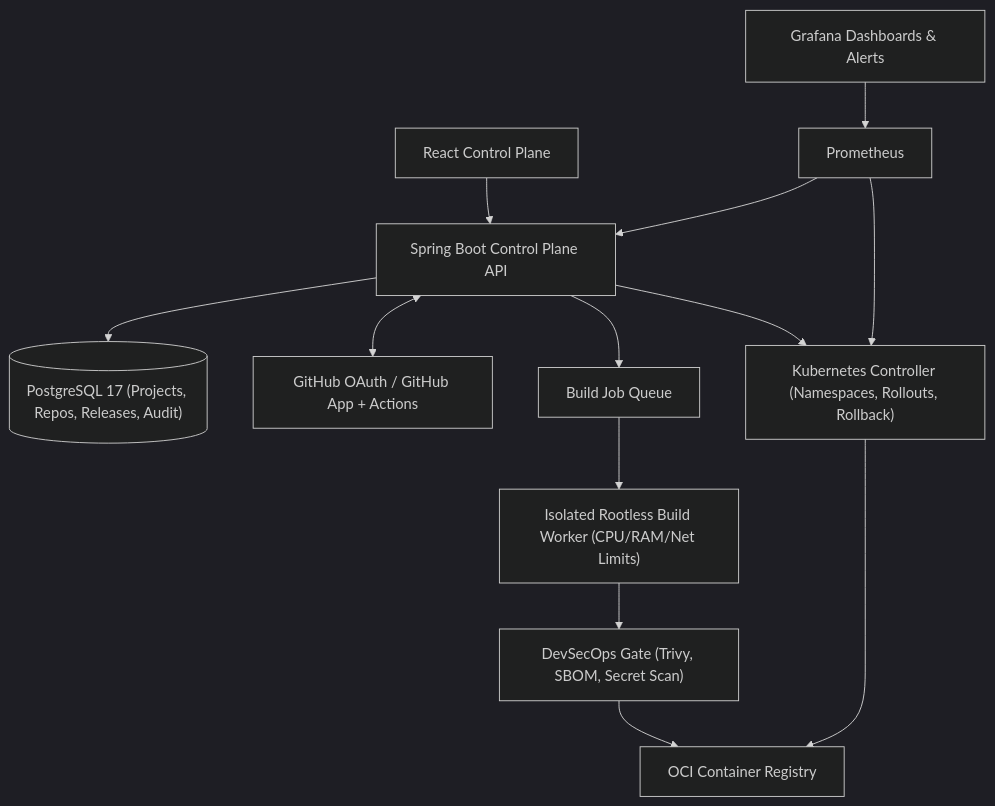
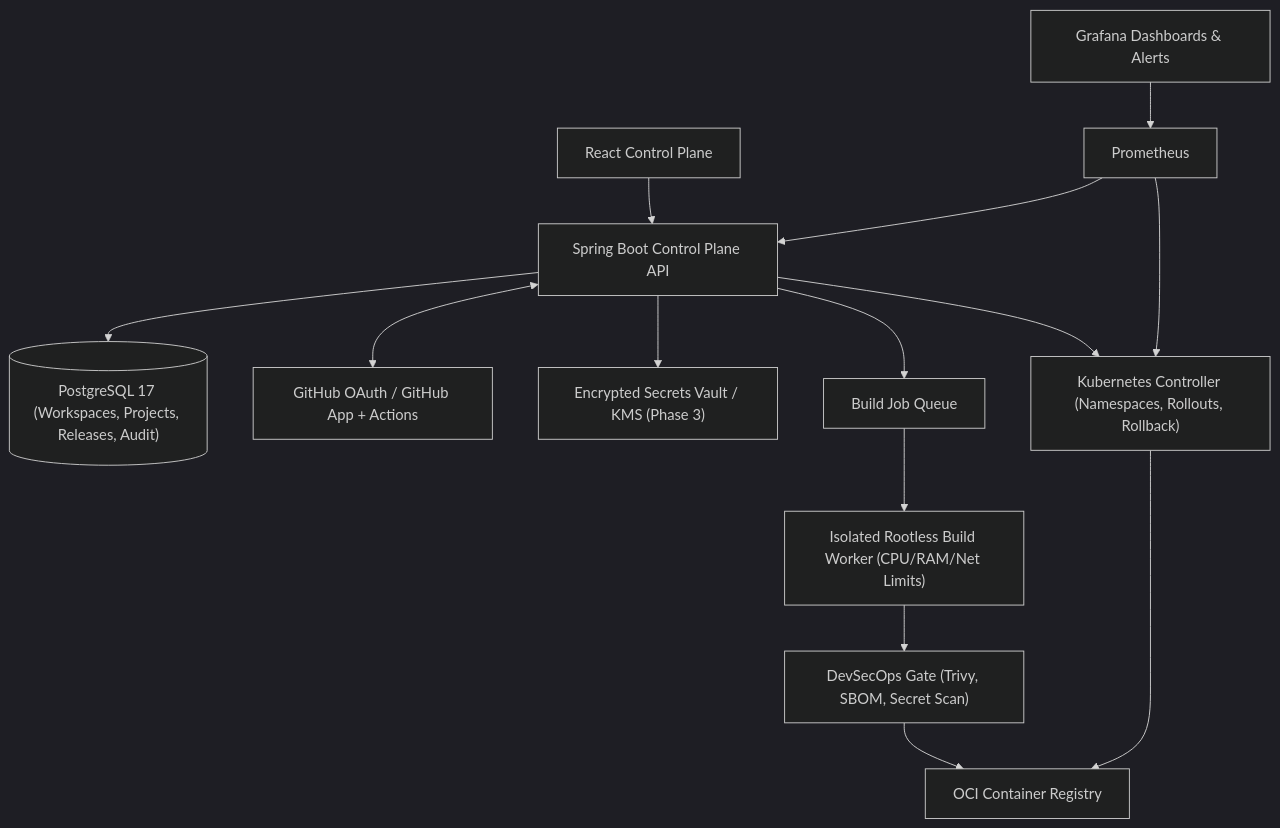
The second of 2 diagrams in docs/ARCHITECTURE.md (Itzx-kush/CloudForge), drawn with Mermaid (dark theme) before and after one commit. The commit also changed other lines of this file and 146 other files, not shown here.

Commit message:
Phase 2: Authentication, GitHub Integration & Persistent Workspaces

````diff
--- a/docs/ARCHITECTURE.md
+++ b/docs/ARCHITECTURE.md
@@ -70,15 +88,16 @@
 ```mermaid
 flowchart TB
     UI["React Control Plane"] --> API["Spring Boot Control Plane API"]
-    API --> PG[("PostgreSQL 17 (Projects, Repos, Releases, Audit)")]
+    API --> PG[("PostgreSQL 17 (Workspaces, Projects, Releases, Audit)")]
     API <--> GH["GitHub OAuth / GitHub App + Actions"]
+    API --> Secrets["Encrypted Secrets Vault / KMS (Phase 3)"]
     API --> Queue["Build Job Queue"]
     Queue --> Worker["Isolated Rootless Build Worker (CPU/RAM/Net Limits)"]
     Worker --> Scan["DevSecOps Gate (Trivy, SBOM, Secret Scan)"]
     Scan --> Reg["OCI Container Registry"]
     API --> K8s["Kubernetes Controller (Namespaces, Rollouts, Rollback)"]
     K8s --> Reg
     Prom["Prometheus"] --> API
     Prom --> K8s
     Graf["Grafana Dashboards & Alerts"] --> Prom
 ```
````
